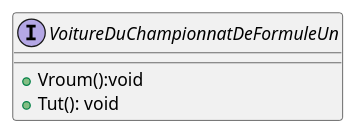
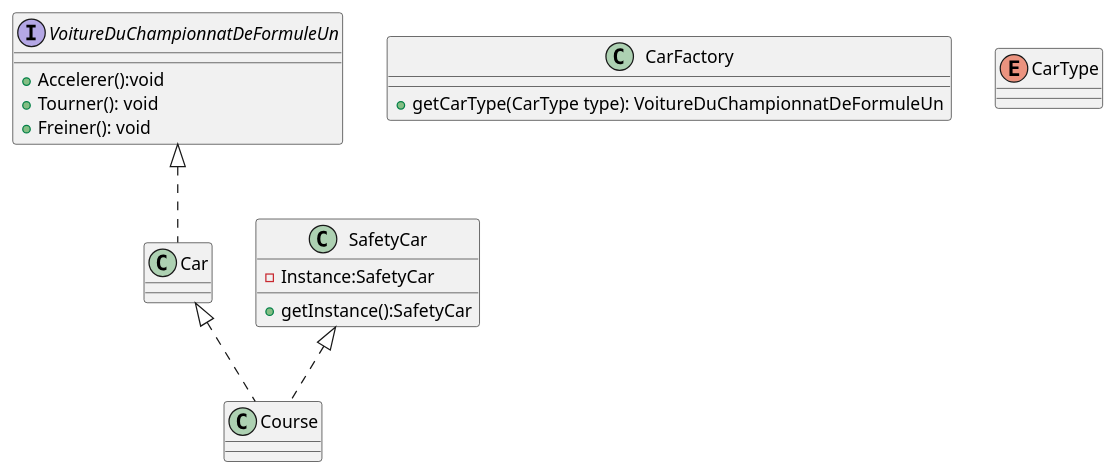
Before and after one commit to ElFamosoRandom/design-pattern: the diagram in src/uml/example.puml, drawn with PlantUML. The commit also changed 10 other files, not shown here.

```diff
--- a/src/uml/example.puml
+++ b/src/uml/example.puml
@@ -1,6 +1,30 @@
 @startuml Voiture
 interface VoitureDuChampionnatDeFormuleUn {
-     + Vroum():void  
-     + Tut(): void
+     + Accelerer():void  
+     + Tourner(): void
+     + Freiner(): void
 }
+
+
+class SafetyCar{
+     - Instance:SafetyCar
+     + getInstance():SafetyCar
+}
+
+Class CarFactory{
+     + getCarType(CarType type): VoitureDuChampionnatDeFormuleUn
+}
+
+enum CarType
+
+class Car
+
+class Course
+
+
+VoitureDuChampionnatDeFormuleUn <|.. Car
+Car <|.. Course
+SafetyCar <|.. Course
+
+
 @enduml
```
